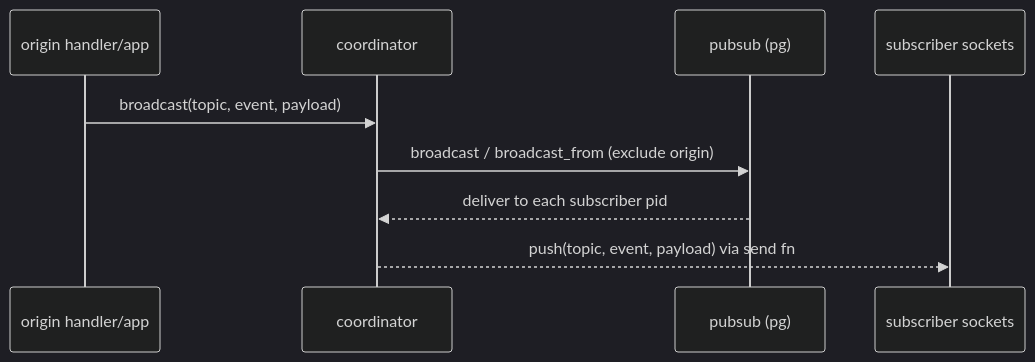
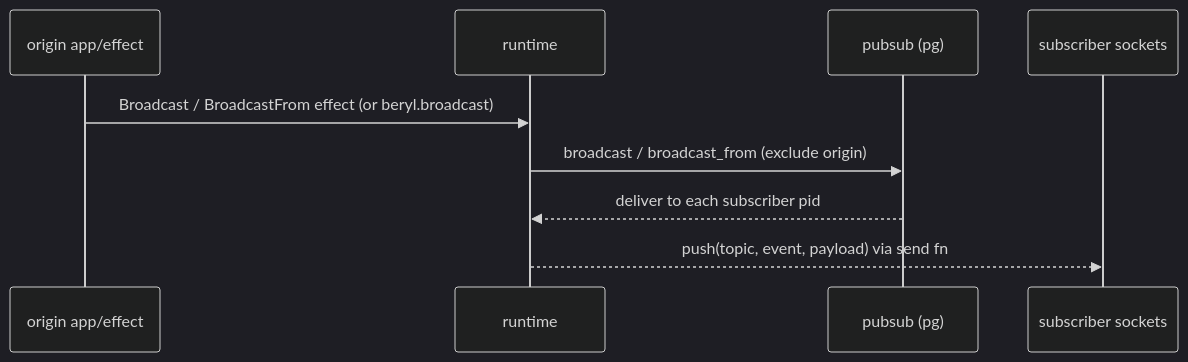
One commit to tylerbutler/beryl changed the sixth of 11 diagrams in docs/architecture-deck.md. Above: the diagram before and after it, drawn with Mermaid (dark theme). The commit also changed other lines of this file and 90 other files, not shown here.

First line of the commit message:
docs(beryl): document app-side dispatch (#267)

````diff
--- a/docs/architecture-deck.md
+++ b/docs/architecture-deck.md
@@ -234,11 +246,11 @@
 ```mermaid
 sequenceDiagram
-  participant Origin as origin handler/app
-  participant Coord as coordinator
+  participant Origin as origin app/effect
+  participant Runtime as runtime
   participant PS as pubsub (pg)
   participant Subs as subscriber sockets
-  Origin->>Coord: broadcast(topic, event, payload)
-  Coord->>PS: broadcast / broadcast_from (exclude origin)
-  PS-->>Coord: deliver to each subscriber pid
-  Coord-->>Subs: push(topic, event, payload) via send fn
+  Origin->>Runtime: Broadcast / BroadcastFrom effect (or beryl.broadcast)
+  Runtime->>PS: broadcast / broadcast_from (exclude origin)
+  PS-->>Runtime: deliver to each subscriber pid
+  Runtime-->>Subs: push(topic, event, payload) via send fn
 ```
````
